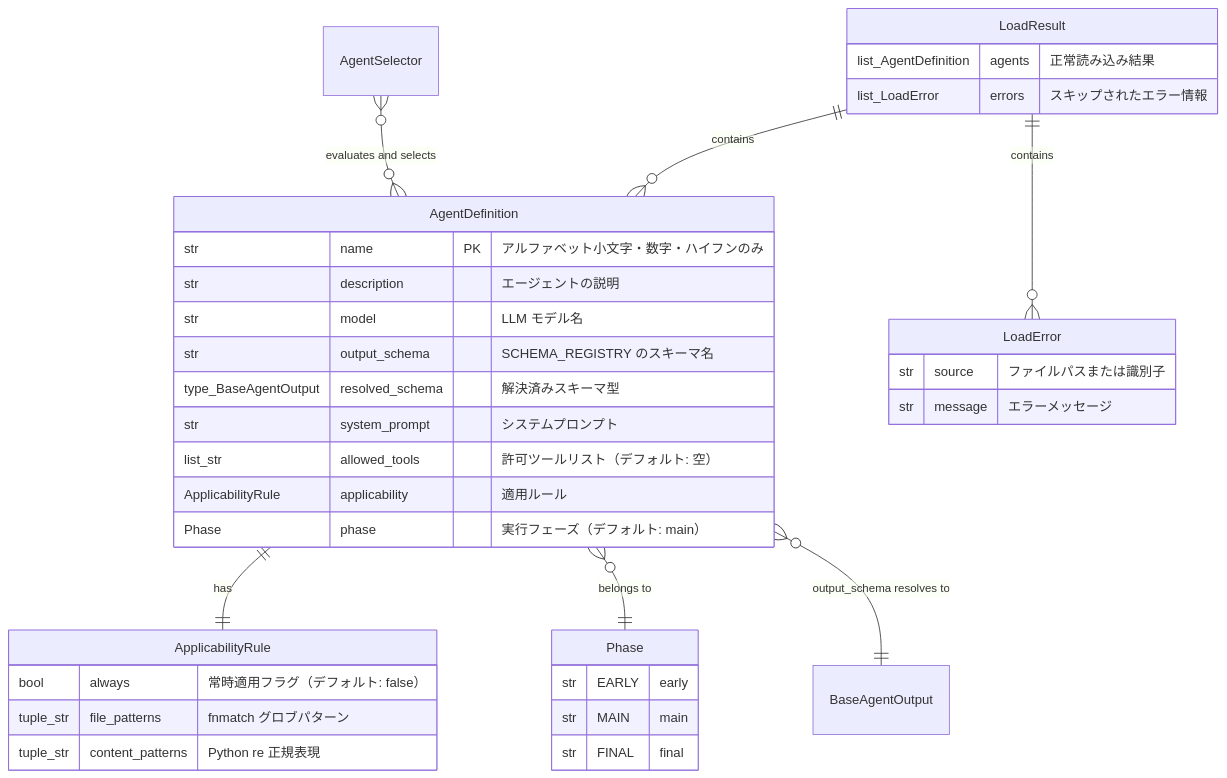
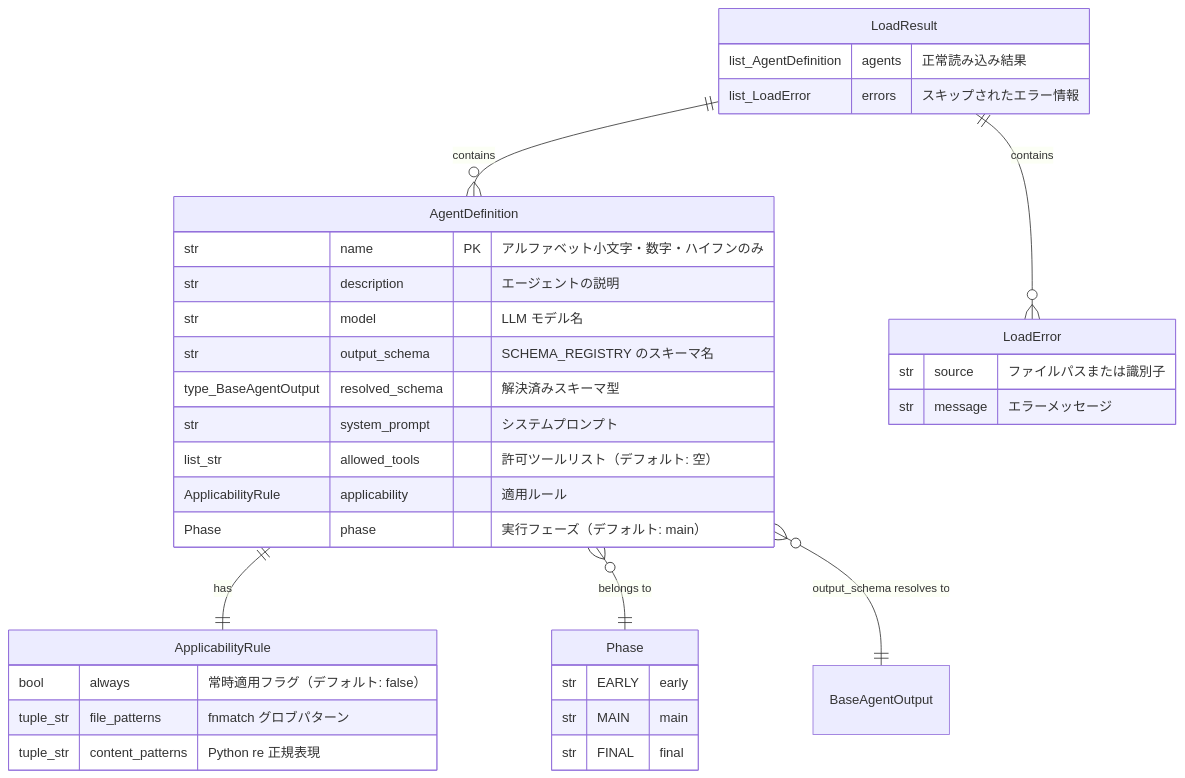
One commit to drillan/hachimoku changed the diagram in specs/003-agent-definition/data-model.md. Above: the diagram before and after it, drawn with Mermaid. The commit also changed other lines of this file and 7 other files, not shown here.

````diff
--- a/specs/003-agent-definition/data-model.md
+++ b/specs/003-agent-definition/data-model.md
@@ -7,43 +7,41 @@
 ```mermaid
 erDiagram
     AgentDefinition ||--|| ApplicabilityRule : "has"
     AgentDefinition }o--|| Phase : "belongs to"
     AgentDefinition }o--|| BaseAgentOutput : "output_schema resolves to"
     LoadResult ||--o{ AgentDefinition : "contains"
     LoadResult ||--o{ LoadError : "contains"
-    AgentSelector }o--o{ AgentDefinition : "evaluates and selects"
-
     AgentDefinition {
         str name PK "アルファベット小文字・数字・ハイフンのみ"
         str description "エージェントの説明"
         str model "LLM モデル名"
         str output_schema "SCHEMA_REGISTRY のスキーマ名"
         type_BaseAgentOutput resolved_schema "解決済みスキーマ型"
         str system_prompt "システムプロンプト"
         list_str allowed_tools "許可ツールリスト（デフォルト: 空）"
         ApplicabilityRule applicability "適用ルール"
         Phase phase "実行フェーズ（デフォルト: main）"
     }
 
     ApplicabilityRule {
         bool always "常時適用フラグ（デフォルト: false）"
         tuple_str file_patterns "fnmatch グロブパターン"
         tuple_str content_patterns "Python re 正規表現"
     }
 
     Phase {
         str EARLY "early"
         str MAIN "main"
         str FINAL "final"
     }
 
     LoadResult {
         list_AgentDefinition agents "正常読み込み結果"
         list_LoadError errors "スキップされたエラー情報"
     }
 
     LoadError {
         str source "ファイルパスまたは識別子"
         str message "エラーメッセージ"
     }
 ```
````
